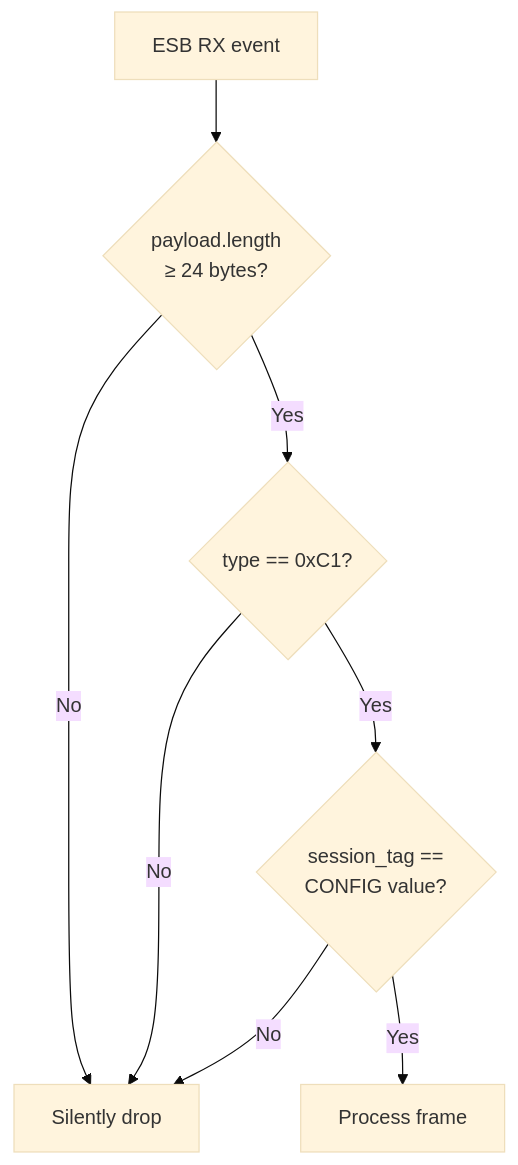
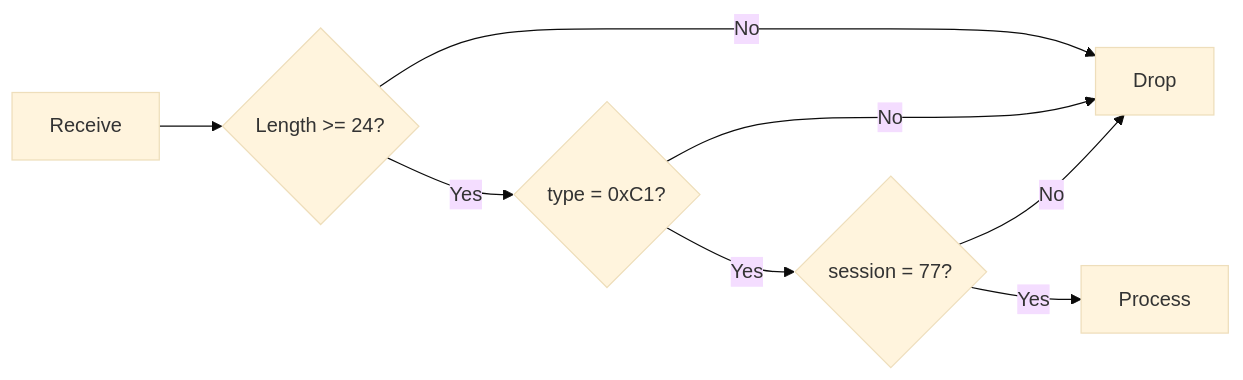
The fifth of 7 diagrams in docs/RF_PROTOCOL_REFERENCE.md (Mrunmoy/HelixDrift), drawn with Mermaid (base theme) before and after one commit. The commit also changed other lines of this file, not shown here.

````diff
--- a/docs/RF_PROTOCOL_REFERENCE.md
+++ b/docs/RF_PROTOCOL_REFERENCE.md
@@ -257,10 +836,10 @@
 ```mermaid
-flowchart TD
-    RX["ESB RX event"] --> LenCheck{"payload.length<br/>≥ 24 bytes?"}
-    LenCheck -- No --> Drop["Silently drop"]
-    LenCheck -- Yes --> TypeCheck{"type == 0xC1?"}
-    TypeCheck -- No --> Drop
-    TypeCheck -- Yes --> SessionCheck{"session_tag ==<br/>CONFIG value?"}
-    SessionCheck -- No --> Drop
-    SessionCheck -- Yes --> Process["Process frame"]
+flowchart LR
+    RX["Receive"] --> Len{"Length >= 24?"}
+    Len -- No --> Drop["Drop"]
+    Len -- Yes --> Type{"type = 0xC1?"}
+    Type -- No --> Drop
+    Type -- Yes --> Sess{"session = 77?"}
+    Sess -- No --> Drop
+    Sess -- Yes --> OK["Process"]
 ```
````
